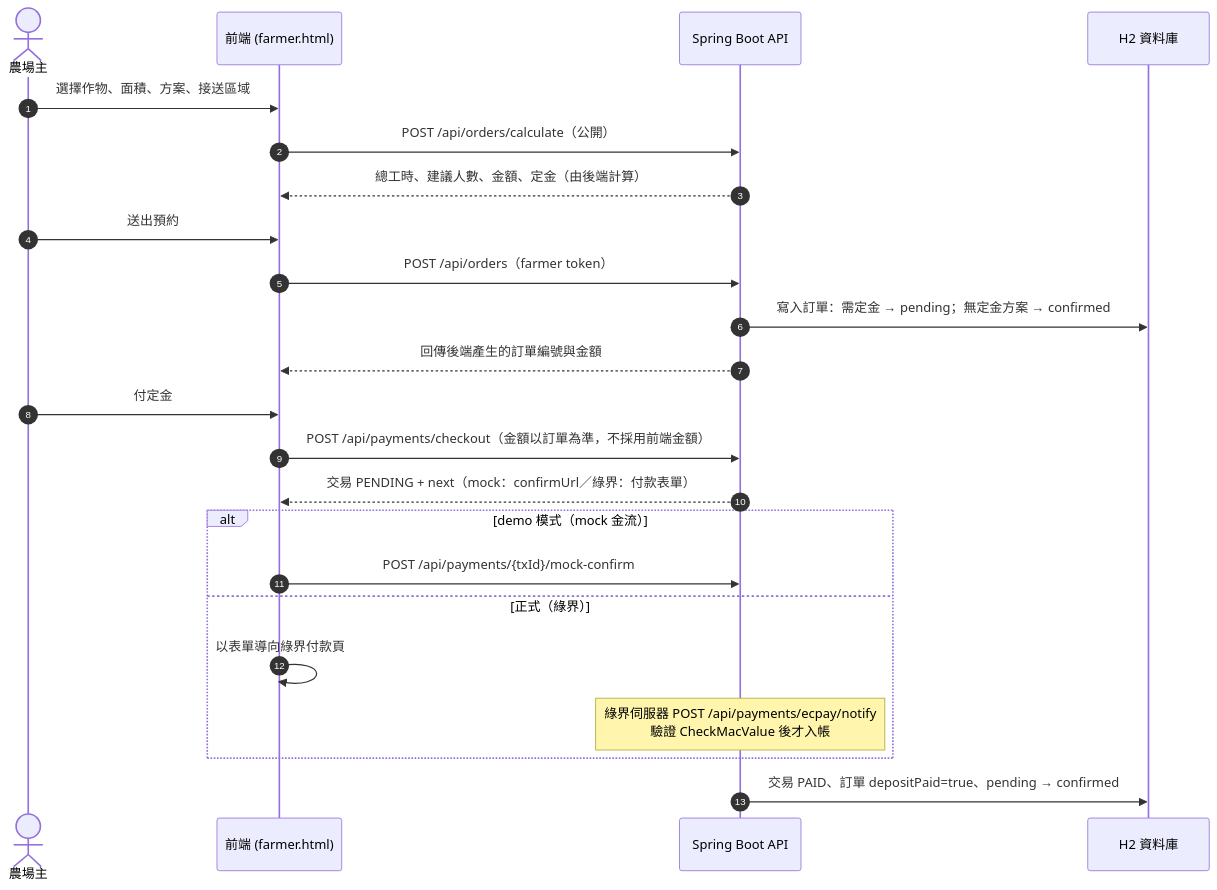
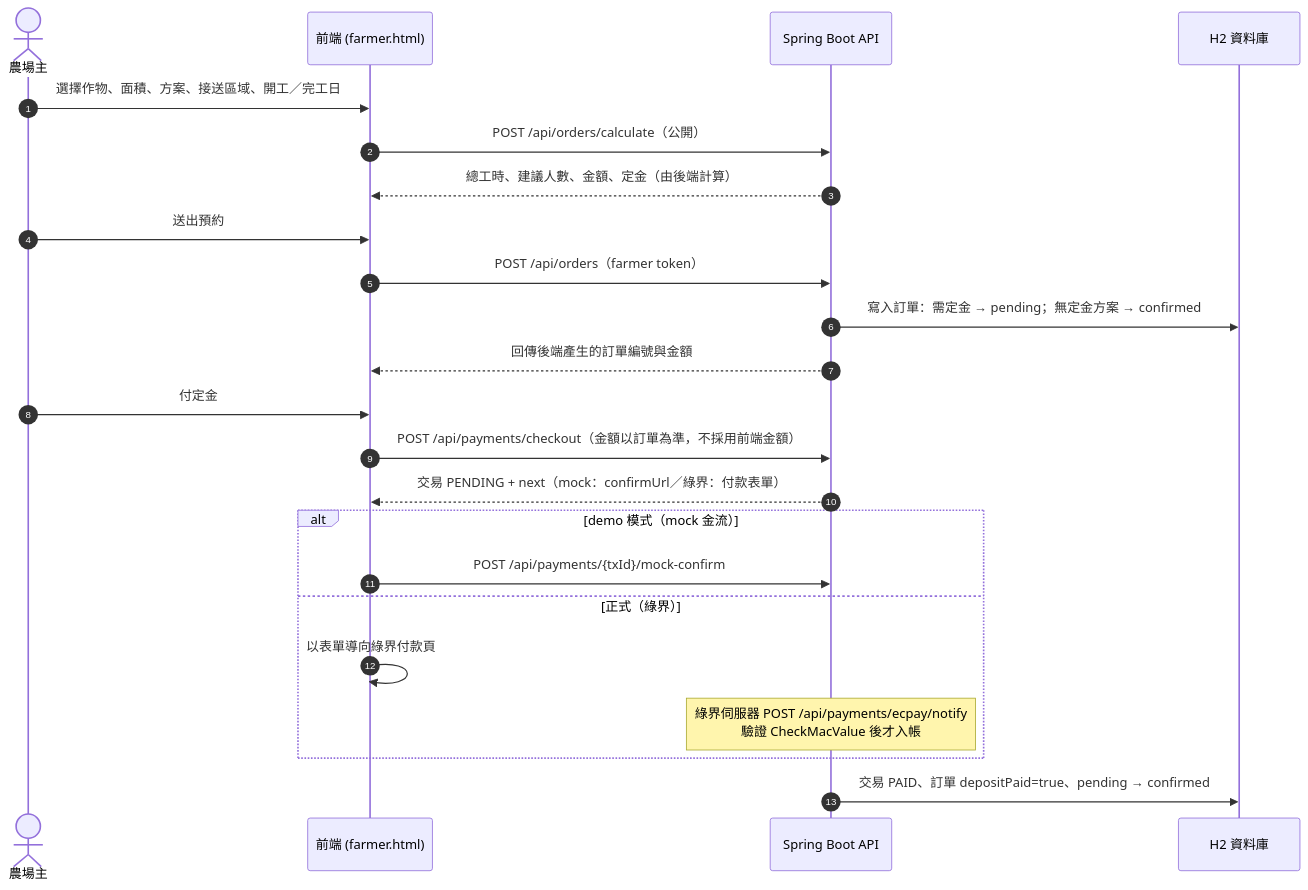
The third of 5 diagrams in 07_系統分析及文件/01_系統分析與架構設計規格書.md (xx8888x/agridispatch), drawn with Mermaid before and after one commit. The commit also changed other lines of this file and 3 other files, not shown here.

First line of the commit message:
Docs: 補入訂單工期（規格書／ERD v3.4.0），Oracle 工期約束實測通過

````diff
--- a/07_系統分析及文件/01_系統分析與架構設計規格書.md
+++ b/07_系統分析及文件/01_系統分析與架構設計規格書.md
@@ -112,26 +112,26 @@
 ```mermaid
 sequenceDiagram
     autonumber
     actor F as 農場主
     participant Web as 前端 (farmer.html)
     participant API as Spring Boot API
     participant DB as H2 資料庫
 
-    F->>Web: 選擇作物、面積、方案、接送區域
+    F->>Web: 選擇作物、面積、方案、接送區域、開工／完工日
     Web->>API: POST /api/orders/calculate（公開）
     API-->>Web: 總工時、建議人數、金額、定金（由後端計算）
     F->>Web: 送出預約
     Web->>API: POST /api/orders（farmer token）
     API->>DB: 寫入訂單：需定金 → pending；無定金方案 → confirmed
     API-->>Web: 回傳後端產生的訂單編號與金額
     F->>Web: 付定金
     Web->>API: POST /api/payments/checkout（金額以訂單為準，不採用前端金額）
     API-->>Web: 交易 PENDING + next（mock：confirmUrl／綠界：付款表單）
     alt demo 模式（mock 金流）
         Web->>API: POST /api/payments/{txId}/mock-confirm
     else 正式（綠界）
         Web->>Web: 以表單導向綠界付款頁
         Note over API: 綠界伺服器 POST /api/payments/ecpay/notify<br/>驗證 CheckMacValue 後才入帳
     end
     API->>DB: 交易 PAID、訂單 depositPaid=true、pending → confirmed
 ```
````
